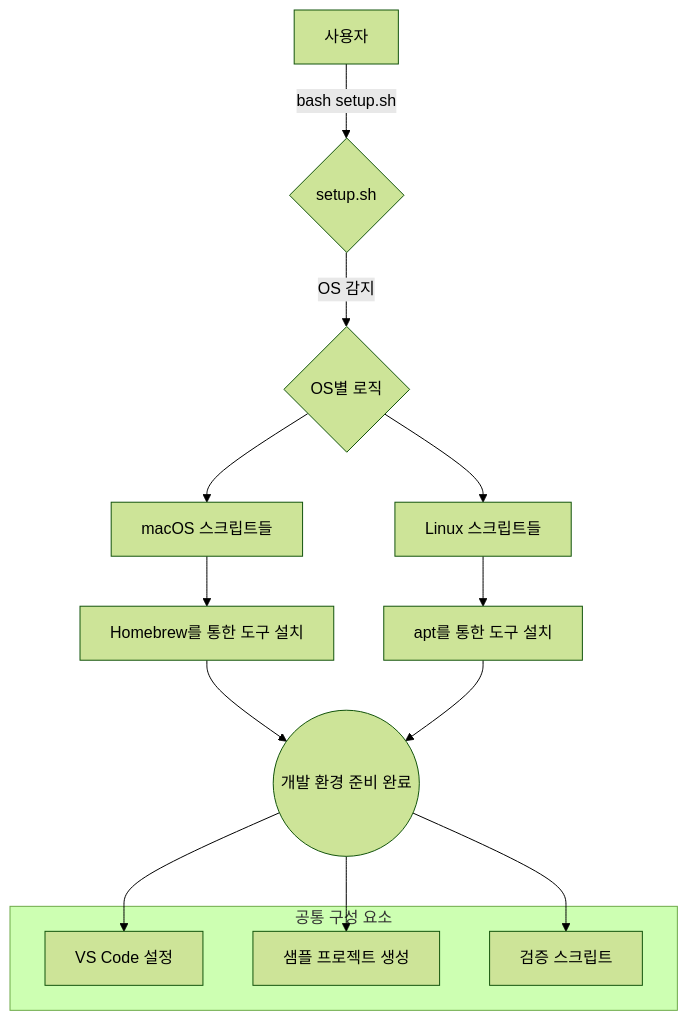
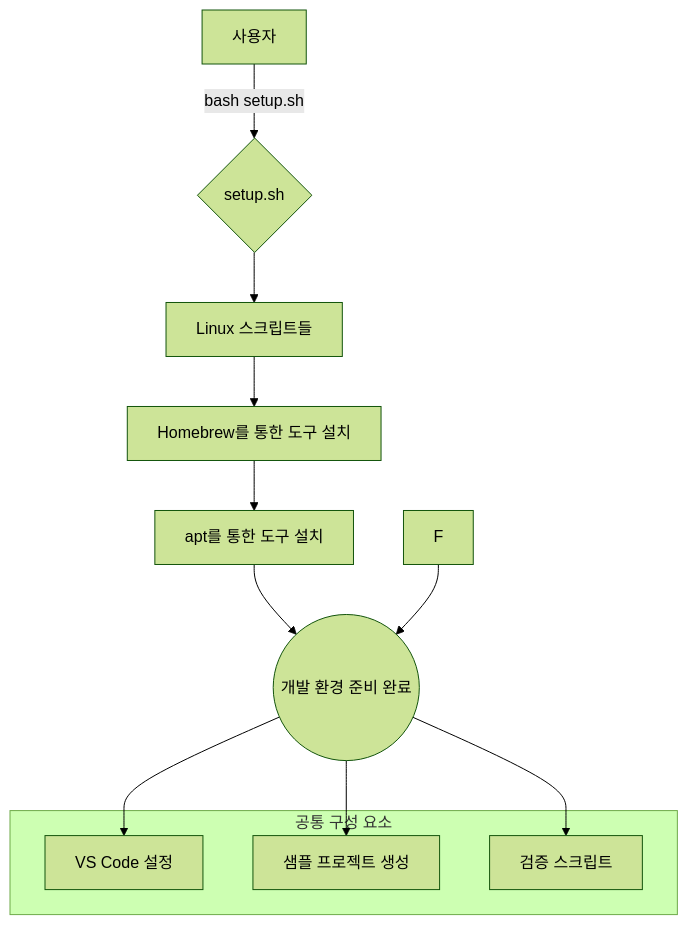
Before and after one commit to ultramuk/readable-code-cpp-development-environment: the diagram in README.md, drawn with Mermaid (forest theme). The commit also changed other lines of this file and 15 other files, not shown here.

````diff
--- a/README.md
+++ b/README.md
@@ -73,20 +71,18 @@
 ```mermaid
 graph TD;
     A[사용자] -->|bash setup.sh| B{setup.sh};
-    B -->|OS 감지| C{OS별 로직};
-    C --> D[macOS 스크립트들];
-    C --> E[Linux 스크립트들];
-    D --> F[Homebrew를 통한 도구 설치];
-    E --> G[apt를 통한 도구 설치];
-    F & G --> H((개발 환경 준비 완료));
+    B --> C[Linux 스크립트들];
+    C --> D[Homebrew를 통한 도구 설치];
+    D --> E[apt를 통한 도구 설치];
+    E & F --> G((개발 환경 준비 완료));
 
     subgraph "공통 구성 요소"
-        I[VS Code 설정]
-        J[샘플 프로젝트 생성]
-        K[검증 스크립트]
+        H[VS Code 설정]
+        I[샘플 프로젝트 생성]
+        J[검증 스크립트]
     end
 
-    H --> I
-    H --> J
-    H --> K
+    G --> H
+    G --> I
+    G --> J
 ```
````
